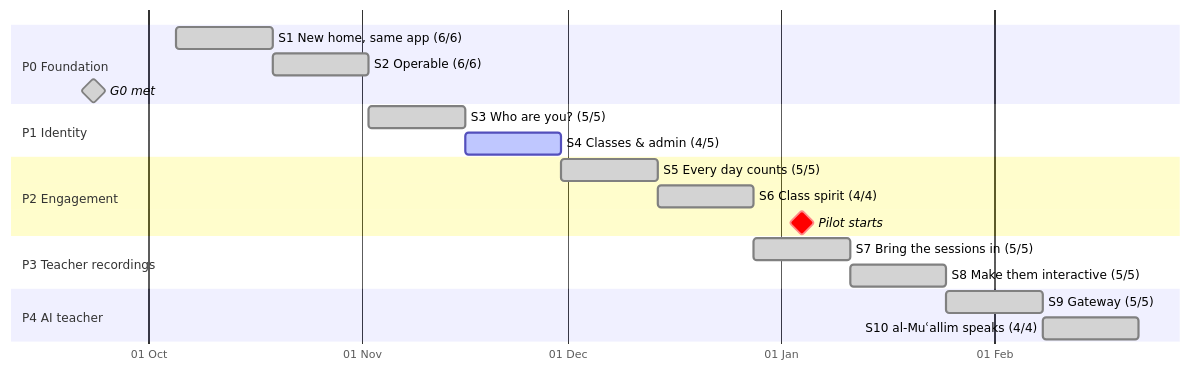
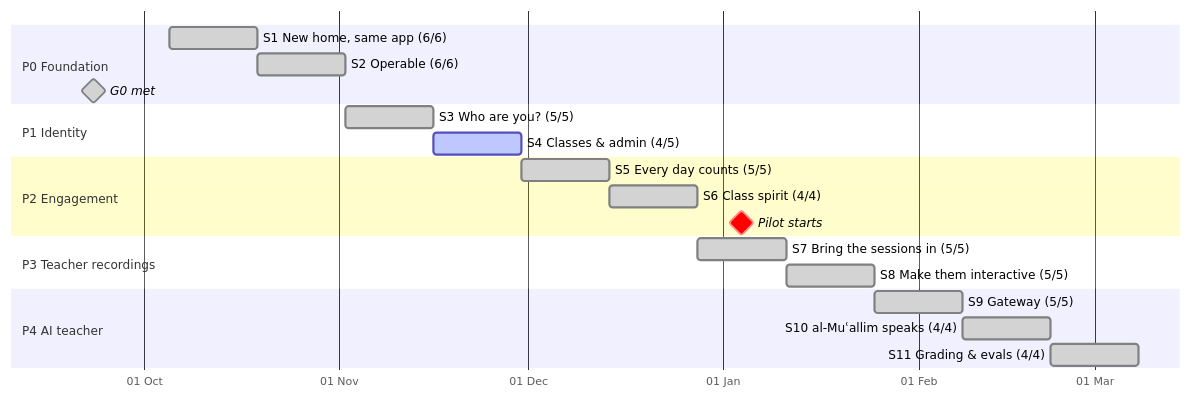
Before and after one commit to Sira-Labs/Suffa: the first of 2 diagrams in docs/plan/sprint-plan.md, drawn with Mermaid. The commit also changed other lines of this file and 6 other files, not shown here.

````diff
--- a/docs/plan/sprint-plan.md
+++ b/docs/plan/sprint-plan.md
@@ -17,23 +17,24 @@
 ```mermaid
 gantt
   dateFormat YYYY-MM-DD
   axisFormat %d %b
   todayMarker on
   section P0 Foundation
   S1 New home, same app (6/6)        :done, s1, 2026-10-05, 14d
   S2 Operable (6/6)                  :done, s2, after s1, 14d
   G0 met                             :milestone, done, g0, 2026-09-23, 0d
   section P1 Identity
   S3 Who are you? (5/5)              :done, s3, after s2, 14d
   S4 Classes & admin (4/5)          :active, s4, after s3, 14d
   section P2 Engagement
   S5 Every day counts (5/5)         :done, s5, after s4, 14d
   S6 Class spirit (4/4)             :done, s6, after s5, 14d
   Pilot starts                       :milestone, crit, pilot, 2027-01-04, 0d
   section P3 Teacher recordings
   S7 Bring the sessions in (5/5)    :done, s7, after s6, 14d
   S8 Make them interactive (5/5)    :done, s8, after s7, 14d
   section P4 AI teacher
   S9 Gateway (5/5)                  :done, s9, after s8, 14d
   S10 al-Muʿallim speaks (4/4)      :done, s10, after s9, 14d
+  S11 Grading & evals (4/4)         :done, s11, after s10, 14d
 ```
````
